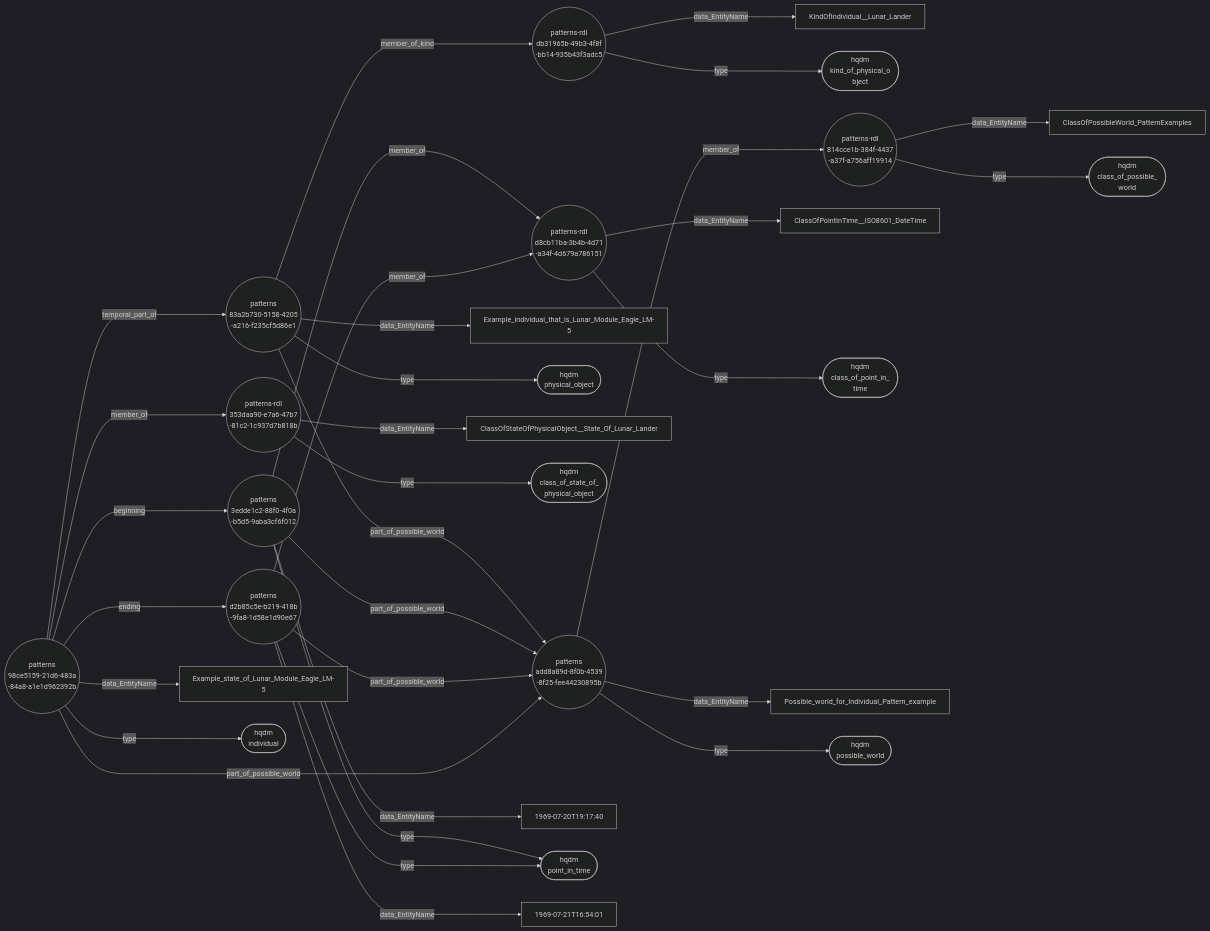
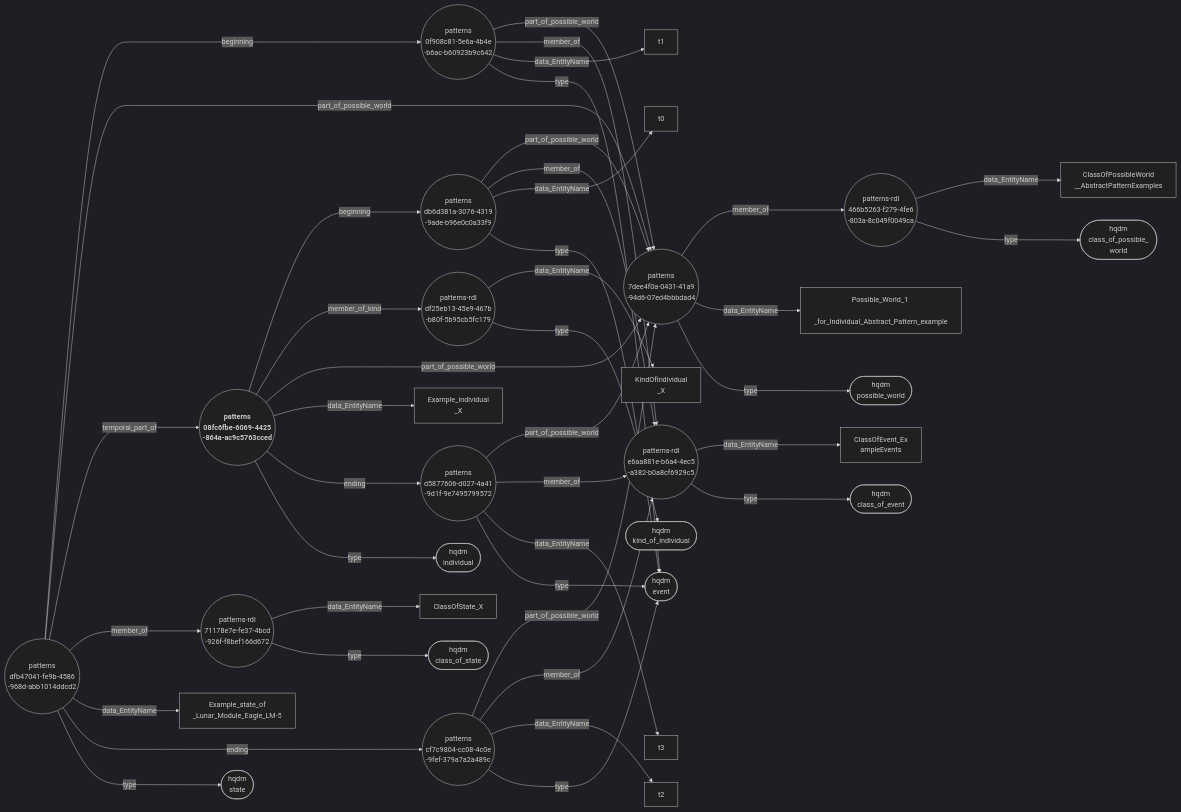
The diagram in docs/extras/example-files/individualExampleNodeEdgeGraph.mermaid (ClimbingAl/HqdmPatterns), drawn with Mermaid (dark theme) before and after one commit. The commit also changed 121 other files, not shown here.

Commit message:
Updates to individual example to validate nodeEdge featrues

````diff
--- a/docs/extras/example-files/individualExampleNodeEdgeGraph.mermaid
+++ b/docs/extras/example-files/individualExampleNodeEdgeGraph.mermaid
@@ -1,33 +1,43 @@
 ``` mermaid
 graph LR
-  83a2b730-5158-4205-a216-f235cf5d86e1(("patterns <br> 83a2b730-5158-4205 <br> -a216-f235cf5d86e1"))--->|member_of_kind|db31965b-49b3-4f8f-bb14-935b43f3adc5(("patterns-rdl <br> db31965b-49b3-4f8f <br> -bb14-935b43f3adc5"));
-  83a2b730-5158-4205-a216-f235cf5d86e1(("patterns <br> 83a2b730-5158-4205 <br> -a216-f235cf5d86e1"))--->|part_of_possible_world|add8a89d-8f0b-4539-8f25-fee44230895b(("patterns <br> add8a89d-8f0b-4539 <br> -8f25-fee44230895b"));
-  83a2b730-5158-4205-a216-f235cf5d86e1(("patterns <br> 83a2b730-5158-4205 <br> -a216-f235cf5d86e1"))--->|data_EntityName|Example_individual_that_is_Lunar_Module_Eagle_LM-5[Example_individual_that_is_Lunar_Module_Eagle_LM-5];
-  83a2b730-5158-4205-a216-f235cf5d86e1(("patterns <br> 83a2b730-5158-4205 <br> -a216-f235cf5d86e1"))--->|type|physical_object(["hqdm <br> physical_object"]);
-  db31965b-49b3-4f8f-bb14-935b43f3adc5(("patterns-rdl <br> db31965b-49b3-4f8f <br> -bb14-935b43f3adc5"))--->|data_EntityName|KindOfIndividual__Lunar_Lander[KindOfIndividual__Lunar_Lander];
-  db31965b-49b3-4f8f-bb14-935b43f3adc5(("patterns-rdl <br> db31965b-49b3-4f8f <br> -bb14-935b43f3adc5"))--->|type|kind_of_physical_object(["hqdm <br> kind_of_physical_o <br> bject"]);
-  353daa90-e7a6-47b7-81c2-1c937d7b818b(("patterns-rdl <br> 353daa90-e7a6-47b7 <br> -81c2-1c937d7b818b"))--->|data_EntityName|ClassOfStateOfPhysicalObject__State_Of_Lunar_Lander[ClassOfStateOfPhysicalObject__State_Of_Lunar_Lander];
-  353daa90-e7a6-47b7-81c2-1c937d7b818b(("patterns-rdl <br> 353daa90-e7a6-47b7 <br> -81c2-1c937d7b818b"))--->|type|class_of_state_of_physical_object(["hqdm <br> class_of_state_of_ <br> physical_object"]);
-  814cce1b-384f-4437-a37f-a756aff19914(("patterns-rdl <br> 814cce1b-384f-4437 <br> -a37f-a756aff19914"))--->|data_EntityName|ClassOfPossibleWorld_PatternExamples[ClassOfPossibleWorld_PatternExamples];
-  814cce1b-384f-4437-a37f-a756aff19914(("patterns-rdl <br> 814cce1b-384f-4437 <br> -a37f-a756aff19914"))--->|type|class_of_possible_world(["hqdm <br> class_of_possible_ <br> world"]);
-  d8cb11ba-3b4b-4d71-a34f-4d679a786151(("patterns-rdl <br> d8cb11ba-3b4b-4d71 <br> -a34f-4d679a786151"))--->|data_EntityName|ClassOfPointInTime__ISO8601_DateTime[ClassOfPointInTime__ISO8601_DateTime];
-  d8cb11ba-3b4b-4d71-a34f-4d679a786151(("patterns-rdl <br> d8cb11ba-3b4b-4d71 <br> -a34f-4d679a786151"))--->|type|class_of_point_in_time(["hqdm <br> class_of_point_in_ <br> time"]);
-  add8a89d-8f0b-4539-8f25-fee44230895b(("patterns <br> add8a89d-8f0b-4539 <br> -8f25-fee44230895b"))--->|member_of|814cce1b-384f-4437-a37f-a756aff19914(("patterns-rdl <br> 814cce1b-384f-4437 <br> -a37f-a756aff19914"));
-  add8a89d-8f0b-4539-8f25-fee44230895b(("patterns <br> add8a89d-8f0b-4539 <br> -8f25-fee44230895b"))--->|data_EntityName|Possible_world_for_Individual_Pattern_example[Possible_world_for_Individual_Pattern_example];
-  add8a89d-8f0b-4539-8f25-fee44230895b(("patterns <br> add8a89d-8f0b-4539 <br> -8f25-fee44230895b"))--->|type|possible_world(["hqdm <br> possible_world"]);
-  3edde1c2-88f0-4f0a-b5d5-9aba3cf6f012(("patterns <br> 3edde1c2-88f0-4f0a <br> -b5d5-9aba3cf6f012"))--->|part_of_possible_world|add8a89d-8f0b-4539-8f25-fee44230895b(("patterns <br> add8a89d-8f0b-4539 <br> -8f25-fee44230895b"));
-  3edde1c2-88f0-4f0a-b5d5-9aba3cf6f012(("patterns <br> 3edde1c2-88f0-4f0a <br> -b5d5-9aba3cf6f012"))--->|member_of|d8cb11ba-3b4b-4d71-a34f-4d679a786151(("patterns-rdl <br> d8cb11ba-3b4b-4d71 <br> -a34f-4d679a786151"));
-  3edde1c2-88f0-4f0a-b5d5-9aba3cf6f012(("patterns <br> 3edde1c2-88f0-4f0a <br> -b5d5-9aba3cf6f012"))--->|data_EntityName|1969-07-20T19:17:40[1969-07-20T19:17:40];
-  3edde1c2-88f0-4f0a-b5d5-9aba3cf6f012(("patterns <br> 3edde1c2-88f0-4f0a <br> -b5d5-9aba3cf6f012"))--->|type|point_in_time(["hqdm <br> point_in_time"]);
-  d2b85c5e-b219-418b-9fa8-1d58e1d90e67(("patterns <br> d2b85c5e-b219-418b <br> -9fa8-1d58e1d90e67"))--->|part_of_possible_world|add8a89d-8f0b-4539-8f25-fee44230895b(("patterns <br> add8a89d-8f0b-4539 <br> -8f25-fee44230895b"));
-  d2b85c5e-b219-418b-9fa8-1d58e1d90e67(("patterns <br> d2b85c5e-b219-418b <br> -9fa8-1d58e1d90e67"))--->|member_of|d8cb11ba-3b4b-4d71-a34f-4d679a786151(("patterns-rdl <br> d8cb11ba-3b4b-4d71 <br> -a34f-4d679a786151"));
-  d2b85c5e-b219-418b-9fa8-1d58e1d90e67(("patterns <br> d2b85c5e-b219-418b <br> -9fa8-1d58e1d90e67"))--->|data_EntityName|1969-07-21T16:54:01[1969-07-21T16:54:01];
-  d2b85c5e-b219-418b-9fa8-1d58e1d90e67(("patterns <br> d2b85c5e-b219-418b <br> -9fa8-1d58e1d90e67"))--->|type|point_in_time(["hqdm <br> point_in_time"]);
-  98ce5159-21d6-483a-84a8-a1e1d962392b(("patterns <br> 98ce5159-21d6-483a <br> -84a8-a1e1d962392b"))--->|beginning|3edde1c2-88f0-4f0a-b5d5-9aba3cf6f012(("patterns <br> 3edde1c2-88f0-4f0a <br> -b5d5-9aba3cf6f012"));
-  98ce5159-21d6-483a-84a8-a1e1d962392b(("patterns <br> 98ce5159-21d6-483a <br> -84a8-a1e1d962392b"))--->|part_of_possible_world|add8a89d-8f0b-4539-8f25-fee44230895b(("patterns <br> add8a89d-8f0b-4539 <br> -8f25-fee44230895b"));
-  98ce5159-21d6-483a-84a8-a1e1d962392b(("patterns <br> 98ce5159-21d6-483a <br> -84a8-a1e1d962392b"))--->|temporal_part_of|83a2b730-5158-4205-a216-f235cf5d86e1(("patterns <br> 83a2b730-5158-4205 <br> -a216-f235cf5d86e1"));
-  98ce5159-21d6-483a-84a8-a1e1d962392b(("patterns <br> 98ce5159-21d6-483a <br> -84a8-a1e1d962392b"))--->|member_of|353daa90-e7a6-47b7-81c2-1c937d7b818b(("patterns-rdl <br> 353daa90-e7a6-47b7 <br> -81c2-1c937d7b818b"));
-  98ce5159-21d6-483a-84a8-a1e1d962392b(("patterns <br> 98ce5159-21d6-483a <br> -84a8-a1e1d962392b"))--->|data_EntityName|Example_state_of_Lunar_Module_Eagle_LM-5[Example_state_of_Lunar_Module_Eagle_LM-5];
-  98ce5159-21d6-483a-84a8-a1e1d962392b(("patterns <br> 98ce5159-21d6-483a <br> -84a8-a1e1d962392b"))--->|ending|d2b85c5e-b219-418b-9fa8-1d58e1d90e67(("patterns <br> d2b85c5e-b219-418b <br> -9fa8-1d58e1d90e67"));
-  98ce5159-21d6-483a-84a8-a1e1d962392b(("patterns <br> 98ce5159-21d6-483a <br> -84a8-a1e1d962392b"))--->|type|individual(["hqdm <br> individual"]);
+  08fc6fbe-6069-4425-864a-ac9c5763cced(("<b> patterns <br> 08fc6fbe-6069-4425 <br> -864a-ac9c5763cced"))--->|"beginning"|db6d381a-3076-4319-9ade-b96e0c0a33f9(("patterns <br> db6d381a-3076-4319 <br> -9ade-b96e0c0a33f9"));
+  08fc6fbe-6069-4425-864a-ac9c5763cced(("<b> patterns <br> 08fc6fbe-6069-4425 <br> -864a-ac9c5763cced"))--->|"member_of_kind"|df25eb13-45e9-467b-b80f-5b95cb5fc179(("patterns-rdl <br> df25eb13-45e9-467b <br> -b80f-5b95cb5fc179"));
+  08fc6fbe-6069-4425-864a-ac9c5763cced(("<b> patterns <br> 08fc6fbe-6069-4425 <br> -864a-ac9c5763cced"))--->|"part_of_possible_world"|7dee4f0a-0431-41a9-94d6-07ed4bbbdad4(("patterns <br> 7dee4f0a-0431-41a9 <br> -94d6-07ed4bbbdad4"));
+  08fc6fbe-6069-4425-864a-ac9c5763cced(("<b> patterns <br> 08fc6fbe-6069-4425 <br> -864a-ac9c5763cced"))--->|"data_EntityName"|Example_individual_X["Example_individual <br> _X"];
+  08fc6fbe-6069-4425-864a-ac9c5763cced(("<b> patterns <br> 08fc6fbe-6069-4425 <br> -864a-ac9c5763cced"))--->|"ending"|d5877606-d027-4a41-9d1f-9e7495799572(("patterns <br> d5877606-d027-4a41 <br> -9d1f-9e7495799572"));
+  08fc6fbe-6069-4425-864a-ac9c5763cced(("<b> patterns <br> 08fc6fbe-6069-4425 <br> -864a-ac9c5763cced"))--->|"type"|individual(["hqdm <br> individual"]);
+  dfb47041-fe9b-4586-968d-abb1014ddcd2(("patterns <br> dfb47041-fe9b-4586 <br> -968d-abb1014ddcd2"))--->|"beginning"|0f908c81-5e6a-4b4e-b6ac-b60923b9c642(("patterns <br> 0f908c81-5e6a-4b4e <br> -b6ac-b60923b9c642"));
+  dfb47041-fe9b-4586-968d-abb1014ddcd2(("patterns <br> dfb47041-fe9b-4586 <br> -968d-abb1014ddcd2"))--->|"part_of_possible_world"|7dee4f0a-0431-41a9-94d6-07ed4bbbdad4(("patterns <br> 7dee4f0a-0431-41a9 <br> -94d6-07ed4bbbdad4"));
+  dfb47041-fe9b-4586-968d-abb1014ddcd2(("patterns <br> dfb47041-fe9b-4586 <br> -968d-abb1014ddcd2"))--->|"temporal_part_of"|08fc6fbe-6069-4425-864a-ac9c5763cced(("<b> patterns <br> 08fc6fbe-6069-4425 <br> -864a-ac9c5763cced"));
+  dfb47041-fe9b-4586-968d-abb1014ddcd2(("patterns <br> dfb47041-fe9b-4586 <br> -968d-abb1014ddcd2"))--->|"member_of"|71178e7e-fe37-4bcd-926f-f8bef166d672(("patterns-rdl <br> 71178e7e-fe37-4bcd <br> -926f-f8bef166d672"));
+  dfb47041-fe9b-4586-968d-abb1014ddcd2(("patterns <br> dfb47041-fe9b-4586 <br> -968d-abb1014ddcd2"))--->|"data_EntityName"|Example_state_of_Lunar_Module_Eagle_LM-5["Example_state_of <br> _Lunar_Module_Eagle_LM-5"];
+  dfb47041-fe9b-4586-968d-abb1014ddcd2(("patterns <br> dfb47041-fe9b-4586 <br> -968d-abb1014ddcd2"))--->|"ending"|cf7c9804-cc08-4c0e-9fef-379a7a2a489c(("patterns <br> cf7c9804-cc08-4c0e <br> -9fef-379a7a2a489c"));
+  dfb47041-fe9b-4586-968d-abb1014ddcd2(("patterns <br> dfb47041-fe9b-4586 <br> -968d-abb1014ddcd2"))--->|"type"|state(["hqdm <br> state"]);
+  df25eb13-45e9-467b-b80f-5b95cb5fc179(("patterns-rdl <br> df25eb13-45e9-467b <br> -b80f-5b95cb5fc179"))--->|"data_EntityName"|KindOfIndividual_X["KindOfIndividual <br> _X"];
+  df25eb13-45e9-467b-b80f-5b95cb5fc179(("patterns-rdl <br> df25eb13-45e9-467b <br> -b80f-5b95cb5fc179"))--->|"type"|kind_of_individual(["hqdm <br> kind_of_individual"]);
+  71178e7e-fe37-4bcd-926f-f8bef166d672(("patterns-rdl <br> 71178e7e-fe37-4bcd <br> -926f-f8bef166d672"))--->|"data_EntityName"|ClassOfState_X["ClassOfState_X"];
+  71178e7e-fe37-4bcd-926f-f8bef166d672(("patterns-rdl <br> 71178e7e-fe37-4bcd <br> -926f-f8bef166d672"))--->|"type"|class_of_state(["hqdm <br> class_of_state"]);
+  466b5263-f279-4fe6-803a-8c049f0049ca(("patterns-rdl <br> 466b5263-f279-4fe6 <br> -803a-8c049f0049ca"))--->|"data_EntityName"|ClassOfPossibleWorld__AbstractPatternExamples["ClassOfPossibleWorld <br> __AbstractPatternExamples"];
+  466b5263-f279-4fe6-803a-8c049f0049ca(("patterns-rdl <br> 466b5263-f279-4fe6 <br> -803a-8c049f0049ca"))--->|"type"|class_of_possible_world(["hqdm <br> class_of_possible_ <br> world"]);
+  e6aa881e-b6a4-4ec5-a382-b0a8cf6929c5(("patterns-rdl <br> e6aa881e-b6a4-4ec5 <br> -a382-b0a8cf6929c5"))--->|"data_EntityName"|ClassOfEvent_ExampleEvents["ClassOfEvent_Ex <br> ampleEvents"];
+  e6aa881e-b6a4-4ec5-a382-b0a8cf6929c5(("patterns-rdl <br> e6aa881e-b6a4-4ec5 <br> -a382-b0a8cf6929c5"))--->|"type"|class_of_event(["hqdm <br> class_of_event"]);
+  7dee4f0a-0431-41a9-94d6-07ed4bbbdad4(("patterns <br> 7dee4f0a-0431-41a9 <br> -94d6-07ed4bbbdad4"))--->|"member_of"|466b5263-f279-4fe6-803a-8c049f0049ca(("patterns-rdl <br> 466b5263-f279-4fe6 <br> -803a-8c049f0049ca"));
+  7dee4f0a-0431-41a9-94d6-07ed4bbbdad4(("patterns <br> 7dee4f0a-0431-41a9 <br> -94d6-07ed4bbbdad4"))--->|"data_EntityName"|Possible_World_1_for_Individual_Abstract_Pattern_example["Possible_World_1 <br> _for_Individual_Abstract_Pattern_example"];
+  7dee4f0a-0431-41a9-94d6-07ed4bbbdad4(("patterns <br> 7dee4f0a-0431-41a9 <br> -94d6-07ed4bbbdad4"))--->|"type"|possible_world(["hqdm <br> possible_world"]);
+  db6d381a-3076-4319-9ade-b96e0c0a33f9(("patterns <br> db6d381a-3076-4319 <br> -9ade-b96e0c0a33f9"))--->|"part_of_possible_world"|7dee4f0a-0431-41a9-94d6-07ed4bbbdad4(("patterns <br> 7dee4f0a-0431-41a9 <br> -94d6-07ed4bbbdad4"));
+  db6d381a-3076-4319-9ade-b96e0c0a33f9(("patterns <br> db6d381a-3076-4319 <br> -9ade-b96e0c0a33f9"))--->|"member_of"|e6aa881e-b6a4-4ec5-a382-b0a8cf6929c5(("patterns-rdl <br> e6aa881e-b6a4-4ec5 <br> -a382-b0a8cf6929c5"));
+  db6d381a-3076-4319-9ade-b96e0c0a33f9(("patterns <br> db6d381a-3076-4319 <br> -9ade-b96e0c0a33f9"))--->|"data_EntityName"|t0["t0"];
+  db6d381a-3076-4319-9ade-b96e0c0a33f9(("patterns <br> db6d381a-3076-4319 <br> -9ade-b96e0c0a33f9"))--->|"type"|event(["hqdm <br> event"]);
+  d5877606-d027-4a41-9d1f-9e7495799572(("patterns <br> d5877606-d027-4a41 <br> -9d1f-9e7495799572"))--->|"part_of_possible_world"|7dee4f0a-0431-41a9-94d6-07ed4bbbdad4(("patterns <br> 7dee4f0a-0431-41a9 <br> -94d6-07ed4bbbdad4"));
+  d5877606-d027-4a41-9d1f-9e7495799572(("patterns <br> d5877606-d027-4a41 <br> -9d1f-9e7495799572"))--->|"member_of"|e6aa881e-b6a4-4ec5-a382-b0a8cf6929c5(("patterns-rdl <br> e6aa881e-b6a4-4ec5 <br> -a382-b0a8cf6929c5"));
+  d5877606-d027-4a41-9d1f-9e7495799572(("patterns <br> d5877606-d027-4a41 <br> -9d1f-9e7495799572"))--->|"data_EntityName"|t3["t3"];
+  d5877606-d027-4a41-9d1f-9e7495799572(("patterns <br> d5877606-d027-4a41 <br> -9d1f-9e7495799572"))--->|"type"|event(["hqdm <br> event"]);
+  0f908c81-5e6a-4b4e-b6ac-b60923b9c642(("patterns <br> 0f908c81-5e6a-4b4e <br> -b6ac-b60923b9c642"))--->|"part_of_possible_world"|7dee4f0a-0431-41a9-94d6-07ed4bbbdad4(("patterns <br> 7dee4f0a-0431-41a9 <br> -94d6-07ed4bbbdad4"));
+  0f908c81-5e6a-4b4e-b6ac-b60923b9c642(("patterns <br> 0f908c81-5e6a-4b4e <br> -b6ac-b60923b9c642"))--->|"member_of"|e6aa881e-b6a4-4ec5-a382-b0a8cf6929c5(("patterns-rdl <br> e6aa881e-b6a4-4ec5 <br> -a382-b0a8cf6929c5"));
+  0f908c81-5e6a-4b4e-b6ac-b60923b9c642(("patterns <br> 0f908c81-5e6a-4b4e <br> -b6ac-b60923b9c642"))--->|"data_EntityName"|t1["t1"];
+  0f908c81-5e6a-4b4e-b6ac-b60923b9c642(("patterns <br> 0f908c81-5e6a-4b4e <br> -b6ac-b60923b9c642"))--->|"type"|event(["hqdm <br> event"]);
+  cf7c9804-cc08-4c0e-9fef-379a7a2a489c(("patterns <br> cf7c9804-cc08-4c0e <br> -9fef-379a7a2a489c"))--->|"part_of_possible_world"|7dee4f0a-0431-41a9-94d6-07ed4bbbdad4(("patterns <br> 7dee4f0a-0431-41a9 <br> -94d6-07ed4bbbdad4"));
+  cf7c9804-cc08-4c0e-9fef-379a7a2a489c(("patterns <br> cf7c9804-cc08-4c0e <br> -9fef-379a7a2a489c"))--->|"member_of"|e6aa881e-b6a4-4ec5-a382-b0a8cf6929c5(("patterns-rdl <br> e6aa881e-b6a4-4ec5 <br> -a382-b0a8cf6929c5"));
+  cf7c9804-cc08-4c0e-9fef-379a7a2a489c(("patterns <br> cf7c9804-cc08-4c0e <br> -9fef-379a7a2a489c"))--->|"data_EntityName"|t2["t2"];
+  cf7c9804-cc08-4c0e-9fef-379a7a2a489c(("patterns <br> cf7c9804-cc08-4c0e <br> -9fef-379a7a2a489c"))--->|"type"|event(["hqdm <br> event"]);
 ```
````
